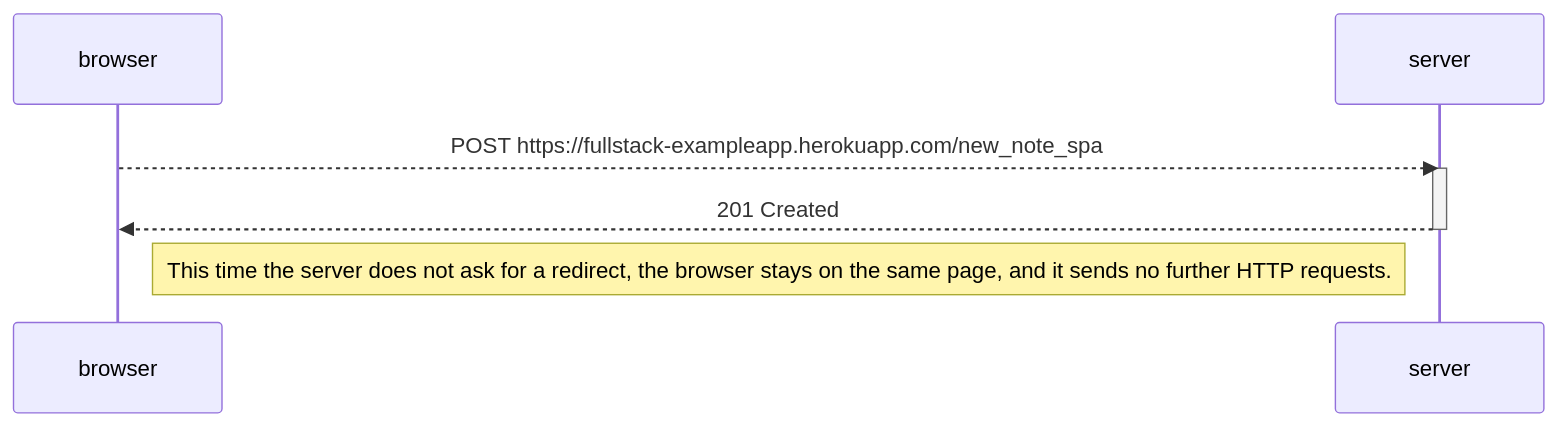
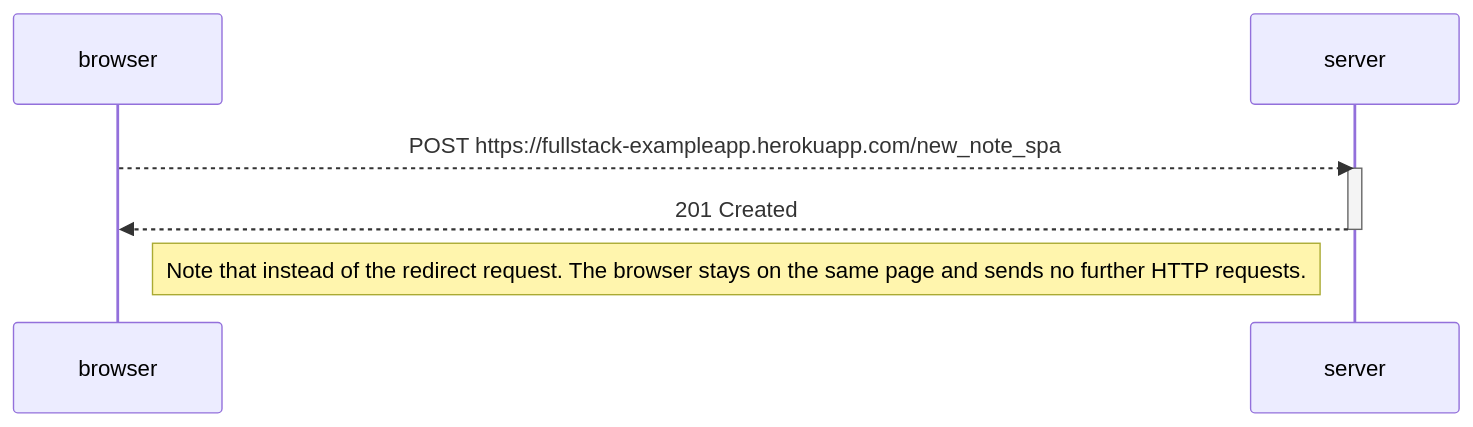
Before and after one commit to njw1520/full_stack_open: the diagram in part0/exercise_0.6.md, drawn with Mermaid.

Commit message:
Changed language in note

````diff
--- a/part0/exercise_0.6.md
+++ b/part0/exercise_0.6.md
@@ -1,12 +1,12 @@
 ``` mermaid
   sequenceDiagram
   participant browser
   participant server
 
   browser-->>server: POST https://fullstack-exampleapp.herokuapp.com/new_note_spa
   activate server
   server-->>browser: 201 Created
   deactivate server
 
-  Note right of browser: This time the server does not ask for a redirect, the browser stays on the same page, and it sends no further HTTP requests.
+  Note right of browser: Note that instead of the redirect request. The browser stays on the same page and sends no further HTTP requests.
 ```
````
